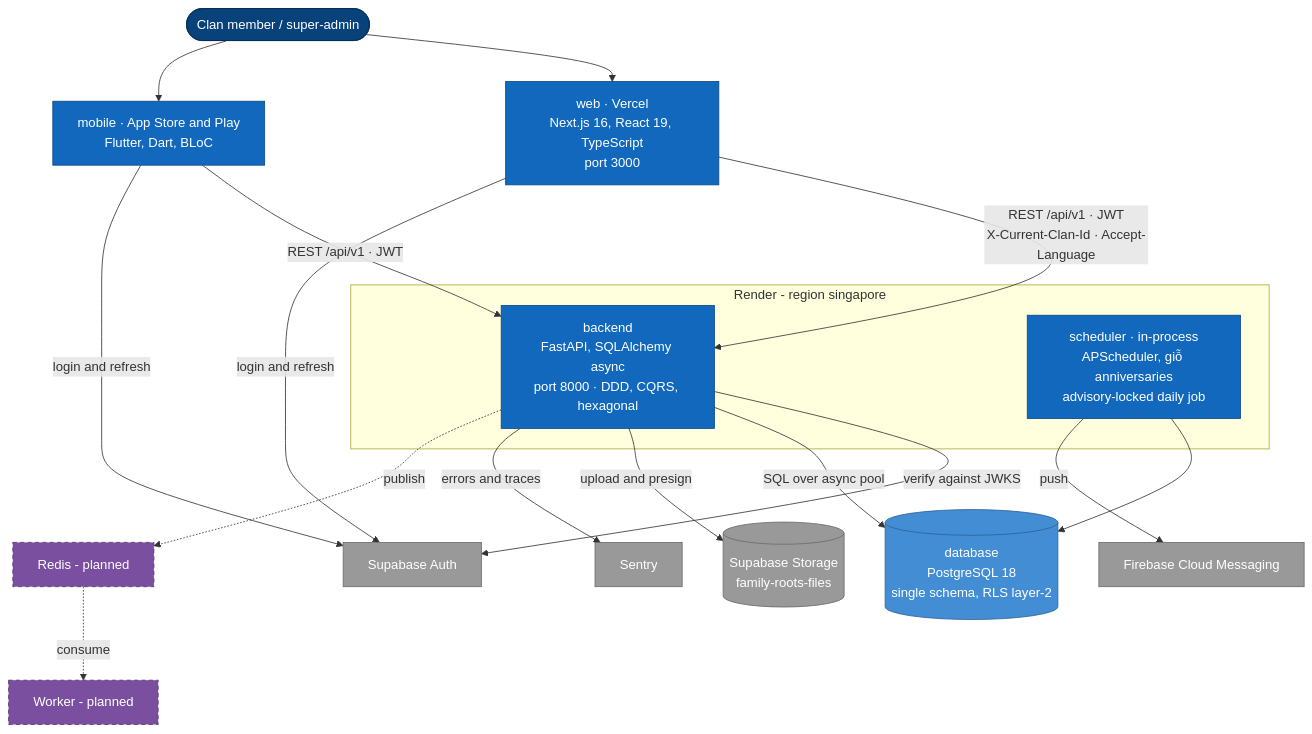
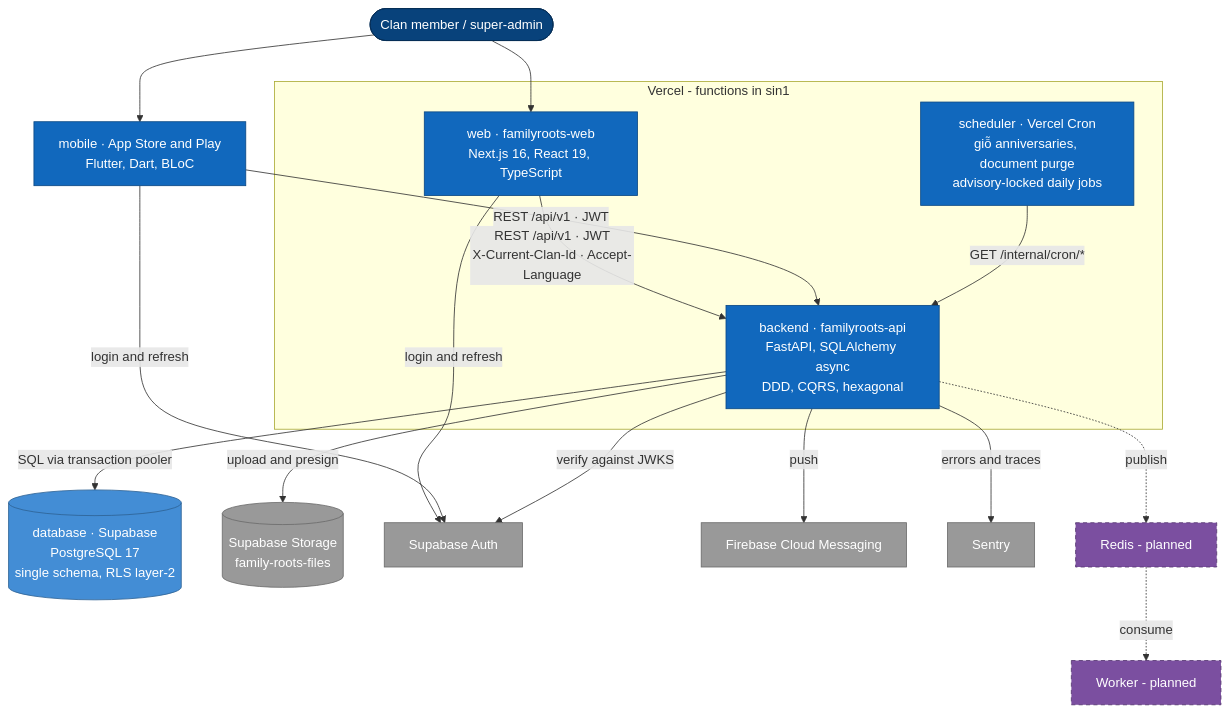
Before and after one commit to namphuongtran/familyroots: the first of 3 diagrams in docs/sad/05-building-block-view.md, drawn with Mermaid. The commit also changed 21 other files, not shown here.

First line of the commit message:
docs: stop naming Render as the backend's host outside the ADRs (#254)

````diff
--- a/docs/sad/05-building-block-view.md
+++ b/docs/sad/05-building-block-view.md
@@ -5,41 +5,41 @@
 ```mermaid
 graph TB
   user([Clan member / super-admin]):::person
 
-  web[web · Vercel<br/>Next.js 16, React 19, TypeScript<br/>port 3000]:::host
   mob[mobile · App Store and Play<br/>Flutter, Dart, BLoC]:::host
 
-  subgraph render[Render - region singapore]
-    api[backend<br/>FastAPI, SQLAlchemy async<br/>port 8000 · DDD, CQRS, hexagonal]:::host
-    sched[scheduler · in-process<br/>APScheduler, giỗ anniversaries<br/>advisory-locked daily job]:::host
+  subgraph vercel[Vercel - functions in sin1]
+    web[web · familyroots-web<br/>Next.js 16, React 19, TypeScript]:::host
+    api[backend · familyroots-api<br/>FastAPI, SQLAlchemy async<br/>DDD, CQRS, hexagonal]:::host
+    sched[scheduler · Vercel Cron<br/>giỗ anniversaries, document purge<br/>advisory-locked daily jobs]:::host
   end
 
-  db[(database<br/>PostgreSQL 18<br/>single schema, RLS layer-2)]:::store
+  db[(database · Supabase<br/>PostgreSQL 17<br/>single schema, RLS layer-2)]:::store
   storage[(Supabase Storage<br/>family-roots-files)]:::ext
   auth[Supabase Auth]:::ext
   fcm[Firebase Cloud Messaging]:::ext
   sentry[Sentry]:::ext
   redis[Redis - planned]:::v2
   worker[Worker - planned]:::v2
 
   user --> web
   user --> mob
   web -->|REST /api/v1 · JWT<br/>X-Current-Clan-Id · Accept-Language| api
   mob -->|REST /api/v1 · JWT| api
   web -->|login and refresh| auth
   mob -->|login and refresh| auth
   api -->|verify against JWKS| auth
-  api -->|SQL over async pool| db
-  sched --> db
-  sched -->|push| fcm
+  api -->|SQL via transaction pooler| db
+  sched -->|GET /internal/cron/*| api
+  api -->|push| fcm
   api -->|upload and presign| storage
   api -->|errors and traces| sentry
   api -.->|publish| redis
   redis -.->|consume| worker
 
   classDef person fill:#08427b,stroke:#052e56,color:#ffffff
   classDef host fill:#1168bd,stroke:#0b4884,color:#ffffff
   classDef store fill:#438dd5,stroke:#2e6295,color:#ffffff
   classDef ext fill:#999999,stroke:#6b6b6b,color:#ffffff
   classDef v2 fill:#7b4fa0,stroke:#54356f,color:#ffffff,stroke-dasharray:5 4
 ```
````
